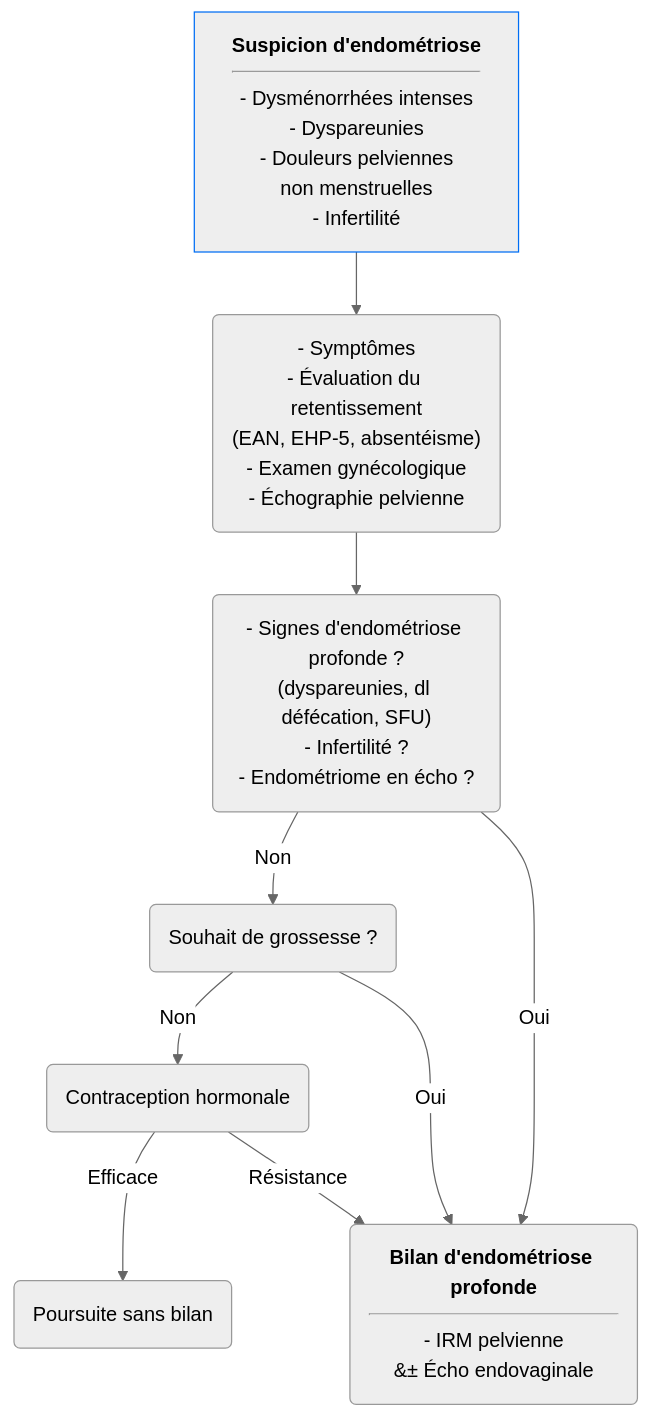
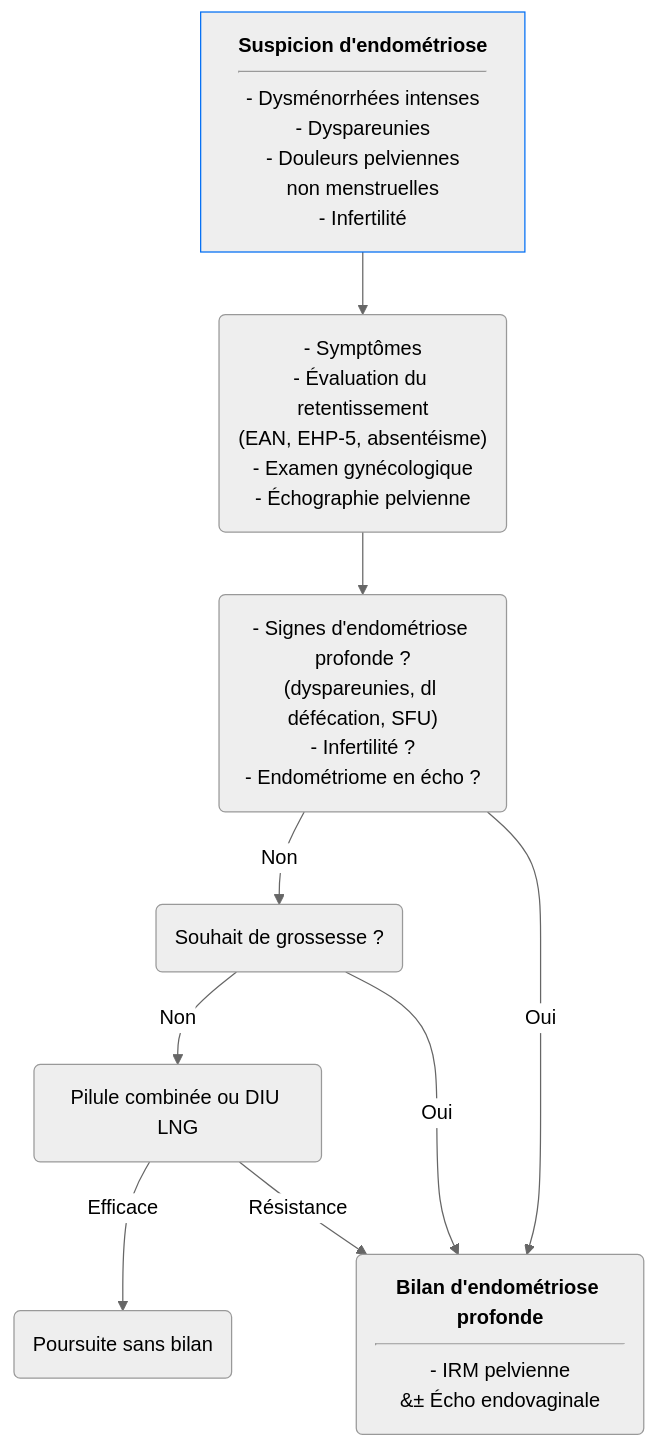
One commit to djibe/recommandations-medicales changed the diagram in content/recommandations/endometriose.md. Above: the diagram before and after it, drawn with Mermaid (neutral theme). The commit also changed other lines of this file, not shown here.

```diff
--- a/content/recommandations/endometriose.md
+++ b/content/recommandations/endometriose.md
@@ -154,12 +176,12 @@
 {{< mermaid title="Conduite à tenir devant une suspicion d'endométriose. Dr JB FRON d'après HAS 2017" >}}
 graph TB
   endometriose["<b>Suspicion d'endométriose</b><hr>- Dysménorrhées intenses<br>- Dyspareunies<br>- Douleurs pelviennes<br>non menstruelles<br>- Infertilité"] --> clinique("- Symptômes<br>- Évaluation du retentissement<br>(EAN, EHP-5, absentéisme)<br>- Examen gynécologique<br>- Échographie pelvienne")
   style endometriose stroke:#006ef4, stroke-width:1px
     clinique --> indicationsBilan("- Signes d'endométriose profonde ?<br>(dyspareunies, dl défécation, SFU)<br>- Infertilité ?<br>- Endométriome en écho ?")
       indicationsBilan -- Non --> souhaitGrossesse(Souhait de grossesse&nbsp;?)
-        souhaitGrossesse -- Non --> contraception(Contraception hormonale)
+        souhaitGrossesse -- Non --> contraception(Pilule combinée ou DIU LNG)
           contraception -- Efficace --> poursuite(Poursuite sans bilan)
           contraception -- Résistance --> bilan
         souhaitGrossesse -- Oui --> bilan
       indicationsBilan -- Oui --> bilan("<b>Bilan d'endométriose profonde</b><hr>- IRM pelvienne<br>&#177; Écho endovaginale")
 {{< /mermaid >}}
```
